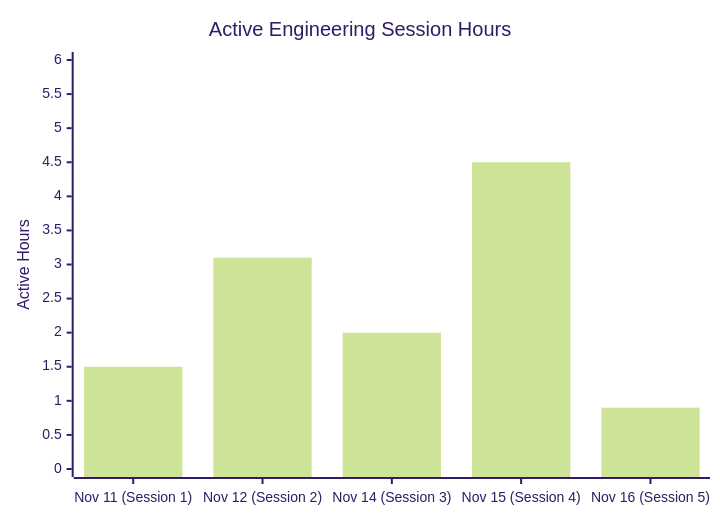
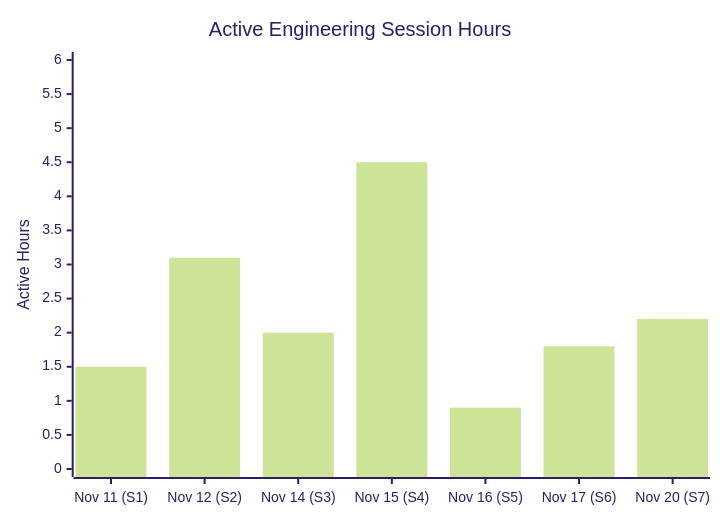
Before and after one commit to Rx4445/job-agent-: the first of 3 diagrams in METRICS.md, drawn with Mermaid (forest theme). The commit also changed other lines of this file, not shown here.

````diff
--- a/METRICS.md
+++ b/METRICS.md
@@ -10,7 +10,7 @@
 ```mermaid
 xychart-beta
     title "Active Engineering Session Hours"
-    x-axis ["Nov 11 (Session 1)", "Nov 12 (Session 2)", "Nov 14 (Session 3)", "Nov 15 (Session 4)", "Nov 16 (Session 5)"]
+    x-axis ["Nov 11 (S1)", "Nov 12 (S2)", "Nov 14 (S3)", "Nov 15 (S4)", "Nov 16 (S5)", "Nov 17 (S6)", "Nov 20 (S7)"]
     y-axis "Active Hours" 0 --> 6
-    bar [1.5, 3.1, 2.0, 4.5, 0.9]
+    bar [1.5, 3.1, 2.0, 4.5, 0.9, 1.8, 2.2]
 ```
````
